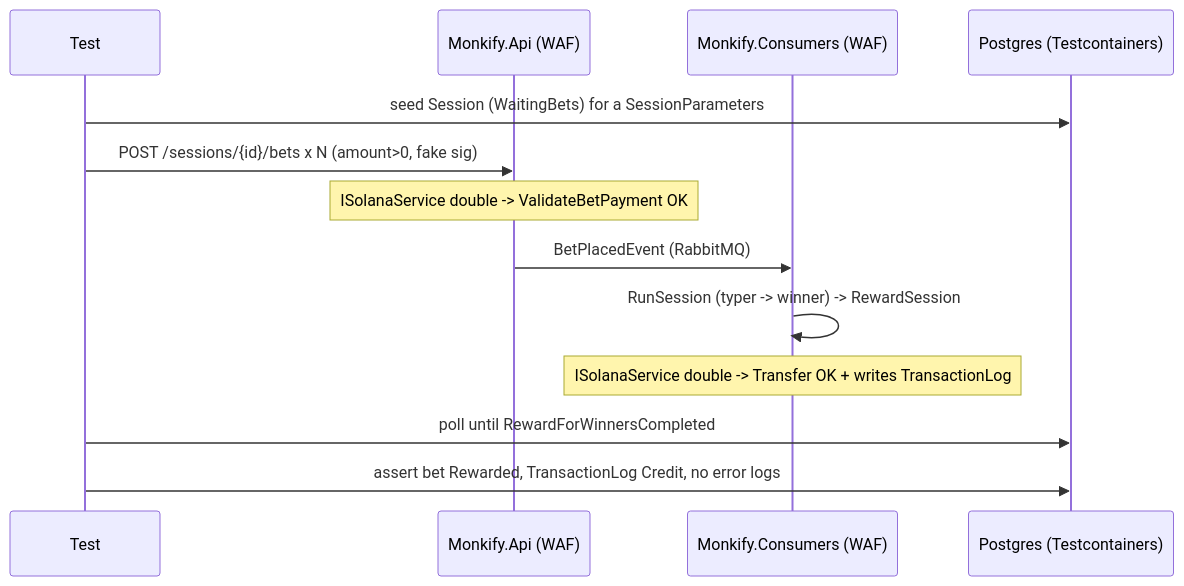
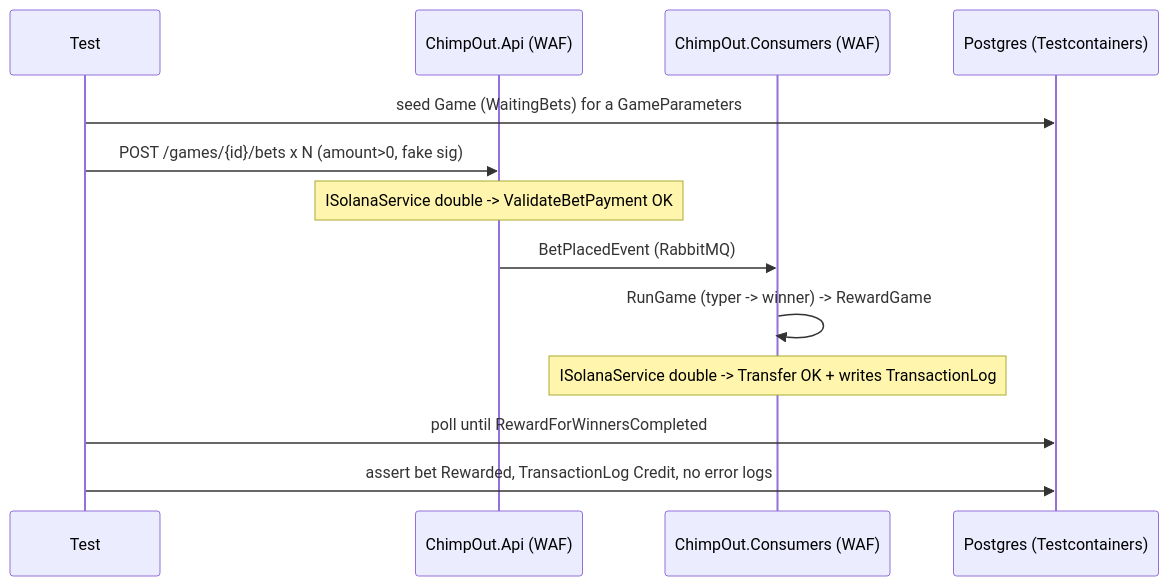
The second of 2 diagrams in specs/dev-qol-stuff.md (marcusruas/monkify-meta), drawn with Mermaid before and after one commit. The commit also changed other lines of this file and 57 other files, not shown here.

First line of the commit message:
Rebrand: Monkify->ChimpOut, Session->Game in KB prose (monkify-meta)

````diff
--- a/specs/dev-qol-stuff.md
+++ b/specs/dev-qol-stuff.md
@@ -368,15 +368,15 @@
 ```mermaid
 sequenceDiagram
     participant T as Test
-    participant API as Monkify.Api (WAF)
-    participant C as Monkify.Consumers (WAF)
+    participant API as ChimpOut.Api (WAF)
+    participant C as ChimpOut.Consumers (WAF)
     participant DB as Postgres (Testcontainers)
-    T->>DB: seed Session (WaitingBets) for a SessionParameters
-    T->>API: POST /sessions/{id}/bets x N (amount>0, fake sig)
+    T->>DB: seed Game (WaitingBets) for a GameParameters
+    T->>API: POST /games/{id}/bets x N (amount>0, fake sig)
     Note over API: ISolanaService double -> ValidateBetPayment OK
     API->>C: BetPlacedEvent (RabbitMQ)
-    C->>C: RunSession (typer -> winner) -> RewardSession
+    C->>C: RunGame (typer -> winner) -> RewardGame
     Note over C: ISolanaService double -> Transfer OK + writes TransactionLog
     T->>DB: poll until RewardForWinnersCompleted
     T->>DB: assert bet Rewarded, TransactionLog Credit, no error logs
 ```
````
